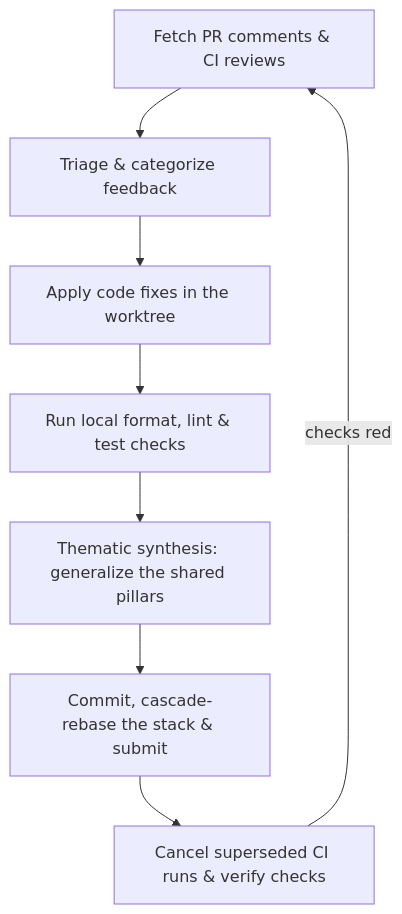
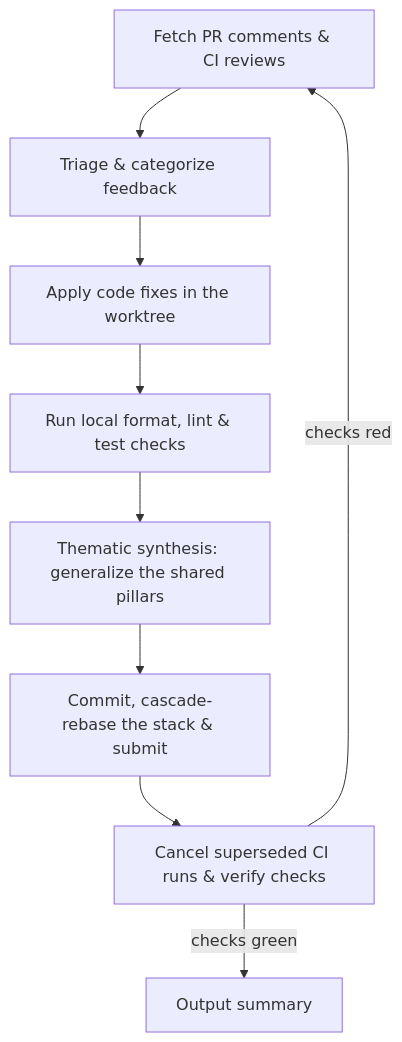
Before and after one commit to hyeons-lab/agent-review-loop: the diagram in skills/address-pr-comments/SKILL.md, drawn with Mermaid. The commit also changed other lines of this file and 4 other files, not shown here.

````diff
--- a/skills/address-pr-comments/SKILL.md
+++ b/skills/address-pr-comments/SKILL.md
@@ -40,10 +40,11 @@
 ```mermaid
 flowchart TD
     A[Fetch PR comments & CI reviews] --> B[Triage & categorize feedback]
     B --> C[Apply code fixes in the worktree]
     C --> D[Run local format, lint & test checks]
     D --> E[Thematic synthesis: generalize the shared pillars]
     E --> F[Commit, cascade-rebase the stack & submit]
     F --> G[Cancel superseded CI runs & verify checks]
     G -->|"checks red"| A
+    G -->|"checks green"| H[Output summary]
 ```
````
